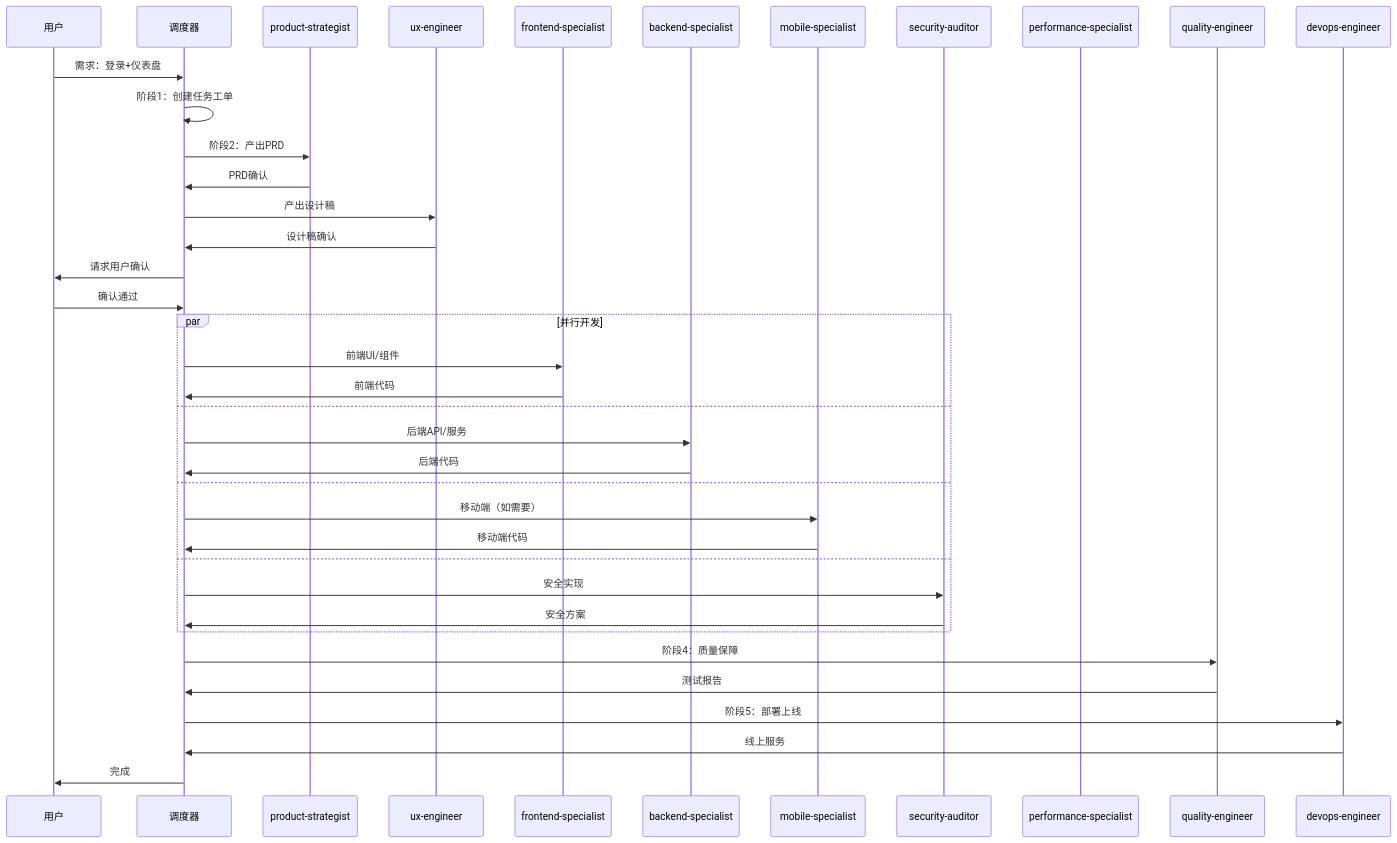
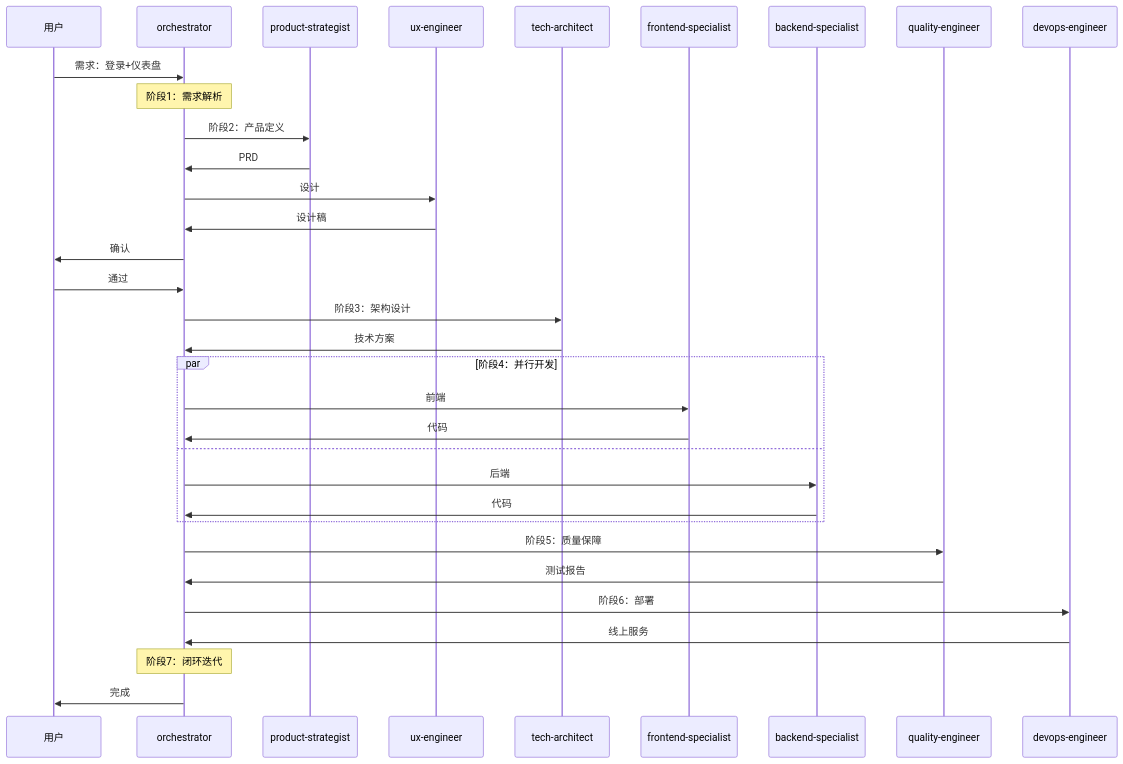
The third of 6 diagrams in skills/orchestrator-expert/SKILL.md (Tooooommy/Trae-Workflow), drawn with Mermaid before and after one commit. The commit also changed other lines of this file, not shown here.

First line of the commit message:
refactor: optimize phase details in orchestrator-expert

````diff
--- a/skills/orchestrator-expert/SKILL.md
+++ b/skills/orchestrator-expert/SKILL.md
@@ -311,41 +315,36 @@
 ```mermaid
 sequenceDiagram
     participant U as 用户
-    participant O as 调度器
+    participant O as orchestrator
     participant P as product-strategist
-    participant D as ux-engineer
+    participant UX as ux-engineer
+    participant TA as tech-architect
     participant FE as frontend-specialist
     participant BE as backend-specialist
-    participant M as mobile-specialist
-    participant Sec as security-auditor
-    participant S as performance-specialist
     participant Q as quality-engineer
-    participant Ops as devops-engineer
+    participant D as devops-engineer
 
     U->>O: 需求：登录+仪表盘
-    O->>O: 阶段1：创建任务工单
-    O->>P: 阶段2：产出PRD
-    P->>O: PRD确认
-    O->>D: 产出设计稿
-    D->>O: 设计稿确认
-    O->>U: 请求用户确认
-    U->>O: 确认通过
-    par 并行开发
-        O->>FE: 前端UI/组件
-        FE->>O: 前端代码
+    Note over O: 阶段1：需求解析
+    O->>P: 阶段2：产品定义
+    P->>O: PRD
+    O->>UX: 设计
+    UX->>O: 设计稿
+    O->>U: 确认
+    U->>O: 通过
+    O->>TA: 阶段3：架构设计
+    TA->>O: 技术方案
+    par 阶段4：并行开发
+        O->>FE: 前端
+        FE->>O: 代码
     and
-        O->>BE: 后端API/服务
-        BE->>O: 后端代码
-    and
-        O->>M: 移动端（如需要）
-        M->>O: 移动端代码
-    and
-        O->>Sec: 安全实现
-        Sec->>O: 安全方案
+        O->>BE: 后端
+        BE->>O: 代码
     end
-    O->>Q: 阶段4：质量保障
+    O->>Q: 阶段5：质量保障
     Q->>O: 测试报告
-    O->>Ops: 阶段5：部署上线
-    Ops->>O: 线上服务
+    O->>D: 阶段6：部署
+    D->>O: 线上服务
+    Note over O: 阶段7：闭环迭代
     O->>U: 完成
 ```
````
